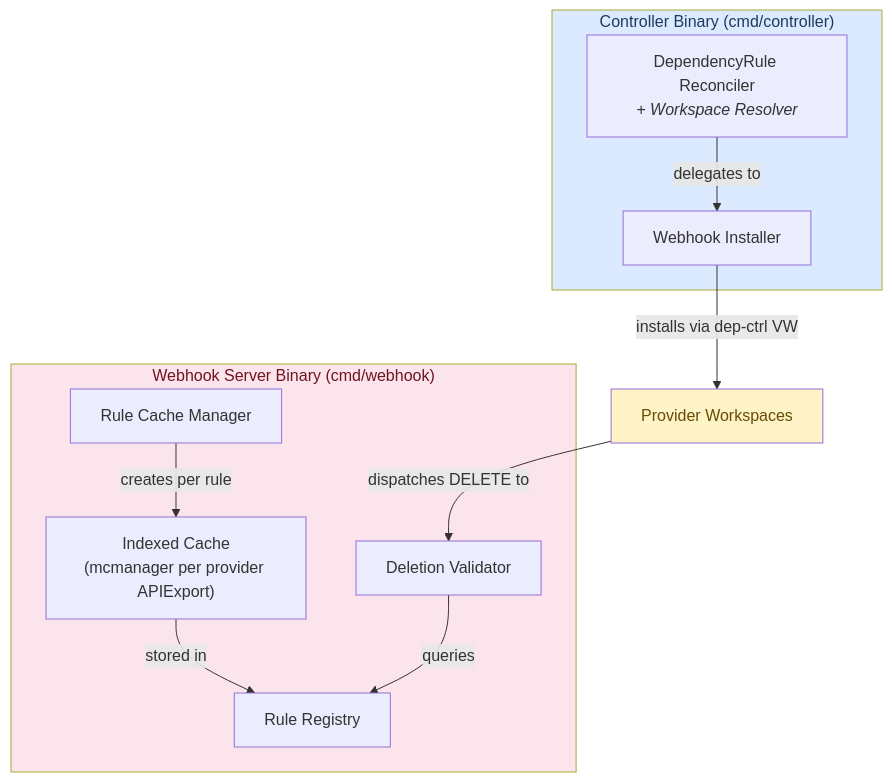
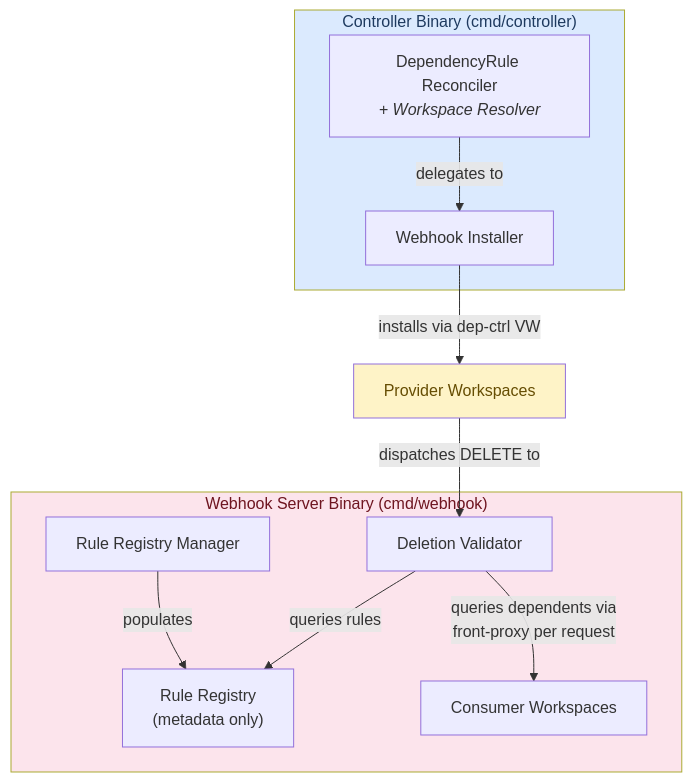
One commit to opendefensecloud/dependency-controller changed the second of 2 diagrams in docs/architecture.md. Above: the diagram before and after it, drawn with Mermaid. The commit also changed other lines of this file and 21 other files, not shown here.

````diff
--- a/docs/architecture.md
+++ b/docs/architecture.md
@@ -87,22 +92,22 @@
 ```mermaid
 flowchart TD
     subgraph Controller["Controller Binary (cmd/controller)"]
         DR["DependencyRule Reconciler<br/><i>+ Workspace Resolver</i>"]
         DR -->|delegates to| WI["Webhook Installer"]
     end
 
     subgraph Webhook["Webhook Server Binary (cmd/webhook)"]
-        RCM["Rule Cache Manager"]
-        RCM -->|"creates per rule"| IC["Indexed Cache<br/>(mcmanager per provider APIExport)"]
-        IC -->|"stored in"| RR["Rule Registry"]
+        RCM["Rule Registry Manager"]
+        RCM -->|"populates"| RR["Rule Registry<br/>(metadata only)"]
         DV["Deletion Validator"]
-        DV -->|"queries"| RR
+        DV -->|"queries rules"| RR
+        DV -->|"queries dependents via<br/>front-proxy per request"| CW["Consumer Workspaces"]
     end
 
     WI -->|"installs via dep-ctrl VW"| PW["Provider Workspaces"]
     PW -->|"dispatches DELETE to"| DV
 
     style Controller fill:#dbeafe,color:#1e3a5f
     style Webhook fill:#fce4ec,color:#6e1520
     style PW fill:#fef3c7,color:#664d03
 ```
````
